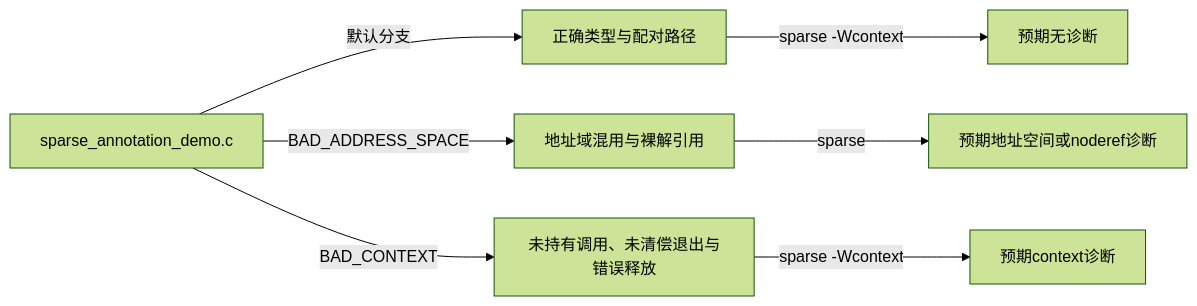
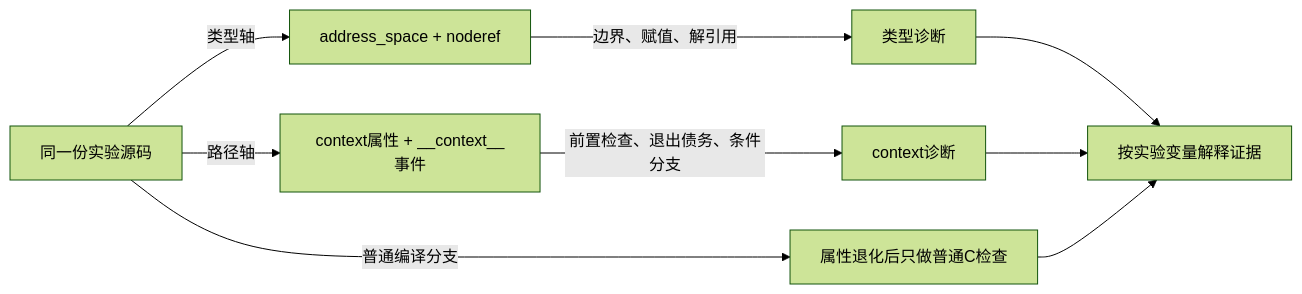
The diagram in labs/foundations/c_language/P01_Sparse地址空间与上下文记账/README.md (FormingSystem/linux_note), drawn with Mermaid (forest theme) before and after one commit. The commit also changed other lines of this file and 6 other files, not shown here.

````diff
--- a/labs/foundations/c_language/P01_Sparse地址空间与上下文记账/README.md
+++ b/labs/foundations/c_language/P01_Sparse地址空间与上下文记账/README.md
@@ -27,9 +43,11 @@
 ```mermaid
 flowchart LR
-    SRC["sparse_annotation_demo.c"] -->|"默认分支"| GOOD["正确类型与配对路径"]
-    SRC -->|"BAD_ADDRESS_SPACE"| ADDR["地址域混用与裸解引用"]
-    SRC -->|"BAD_CONTEXT"| CTX["未持有调用、未清偿退出与错误释放"]
-    GOOD -->|"sparse -Wcontext"| W0["预期无诊断"]
-    ADDR -->|"sparse"| W1["预期地址空间或noderef诊断"]
-    CTX -->|"sparse -Wcontext"| W2["预期context诊断"]
+    SRC["同一份实验源码"] -->|"类型轴"| TYPE["address_space + noderef"]
+    SRC -->|"路径轴"| CTX["context属性 + __context__事件"]
+    TYPE -->|"边界、赋值、解引用"| TW["类型诊断"]
+    CTX -->|"前置检查、退出债务、条件分支"| CW["context诊断"]
+    SRC -->|"普通编译分支"| GCC["属性退化后只做普通C检查"]
+    TW --> EVIDENCE["按实验变量解释证据"]
+    CW --> EVIDENCE
+    GCC --> EVIDENCE
 ```
````
